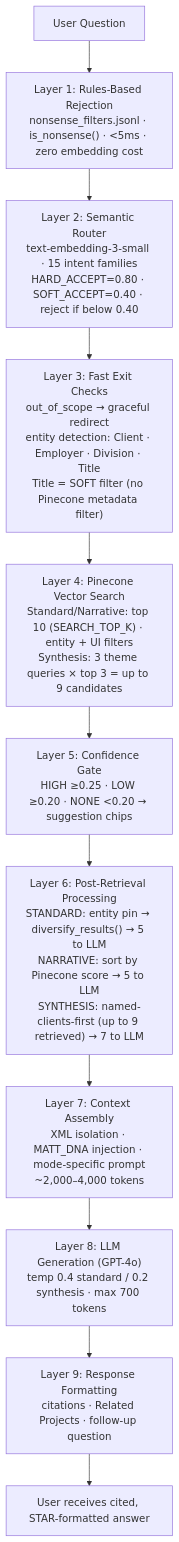
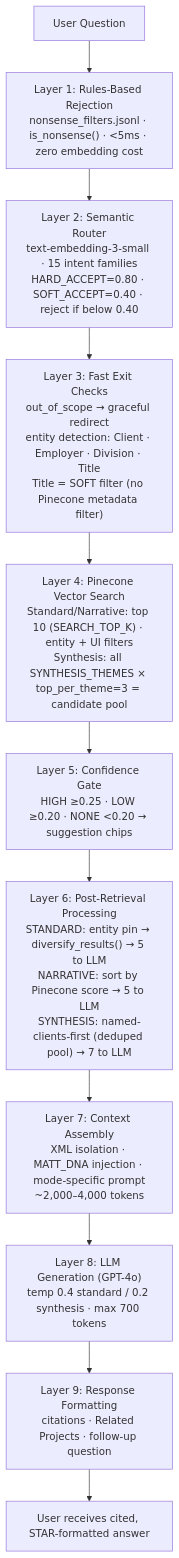
One commit to mcpugmire1/mattgpt-design-spec changed the second of 2 diagrams in docs/02-technical-architecture.md. Above: the diagram before and after it, drawn with Mermaid. The commit also changed other lines of this file and 16 other files, not shown here.

```diff
--- a/docs/02-technical-architecture.md
+++ b/docs/02-technical-architecture.md
@@ -147,14 +147,14 @@
 <div class="mermaid">
 graph TD
     Q["User Question"] --> L1
     L1["Layer 1: Rules-Based Rejection<br/>nonsense_filters.jsonl · is_nonsense() · &lt;5ms · zero embedding cost"] --> L2
     L2["Layer 2: Semantic Router<br/>text-embedding-3-small · 15 intent families<br/>HARD_ACCEPT=0.80 · SOFT_ACCEPT=0.40 · reject if below 0.40"] --> L3
     L3["Layer 3: Fast Exit Checks<br/>out_of_scope → graceful redirect<br/>entity detection: Client · Employer · Division · Title<br/>Title = SOFT filter (no Pinecone metadata filter)"] --> L4
-    L4["Layer 4: Pinecone Vector Search<br/>Standard/Narrative: top 10 (SEARCH_TOP_K) · entity + UI filters<br/>Synthesis: 3 theme queries × top 3 = up to 9 candidates"] --> L5
+    L4["Layer 4: Pinecone Vector Search<br/>Standard/Narrative: top 10 (SEARCH_TOP_K) · entity + UI filters<br/>Synthesis: all SYNTHESIS_THEMES × top_per_theme=3 = candidate pool"] --> L5
     L5["Layer 5: Confidence Gate<br/>HIGH ≥0.25 · LOW ≥0.20 · NONE &lt;0.20 → suggestion chips"] --> L6
-    L6["Layer 6: Post-Retrieval Processing<br/>STANDARD: entity pin → diversify_results() → 5 to LLM<br/>NARRATIVE: sort by Pinecone score → 5 to LLM<br/>SYNTHESIS: named-clients-first (up to 9 retrieved) → 7 to LLM"] --> L7
+    L6["Layer 6: Post-Retrieval Processing<br/>STANDARD: entity pin → diversify_results() → 5 to LLM<br/>NARRATIVE: sort by Pinecone score → 5 to LLM<br/>SYNTHESIS: named-clients-first (deduped pool) → 7 to LLM"] --> L7
     L7["Layer 7: Context Assembly<br/>XML isolation · MATT_DNA injection · mode-specific prompt<br/>~2,000–4,000 tokens"] --> L8
     L8["Layer 8: LLM Generation (GPT-4o)<br/>temp 0.4 standard / 0.2 synthesis · max 700 tokens"] --> L9
     L9["Layer 9: Response Formatting<br/>citations · Related Projects · follow-up question"]
     L9 --> R["User receives cited, STAR-formatted answer"]
 </div>
```
